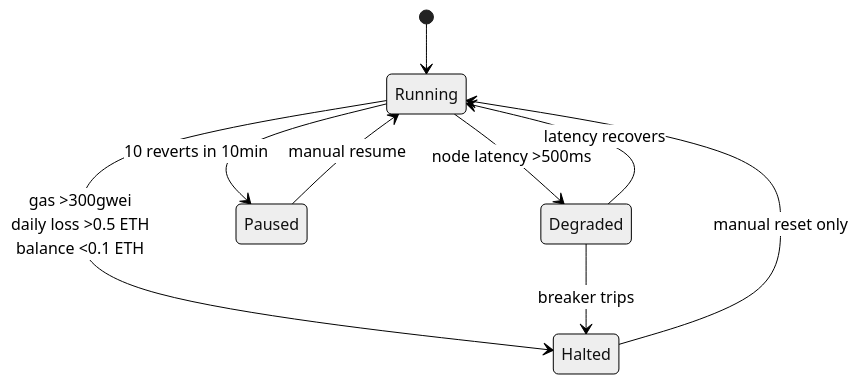
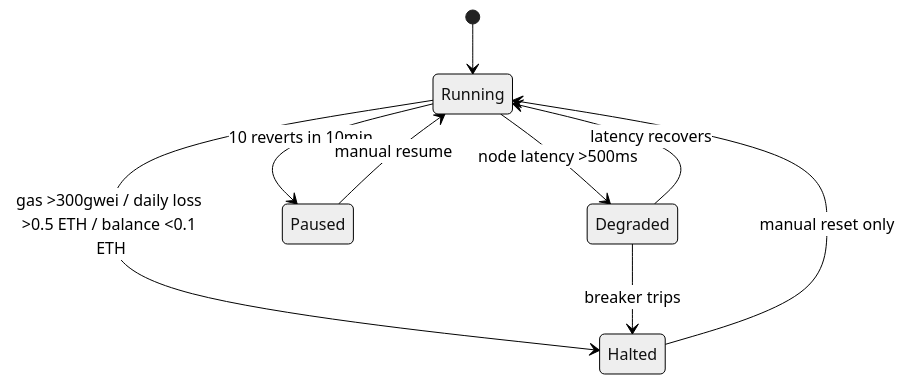
The third of 3 diagrams in README.md (Denis123-rg/Aether), drawn with Mermaid (neutral theme) before and after one commit. The commit also changed other lines of this file and 1 other file, not shown here.

Commit message:
docs: rewrite README with banner, accurate architecture, full documentation

````diff
--- a/README.md
+++ b/README.md
@@ -511,11 +536,11 @@
 ```mermaid
 stateDiagram-v2
     [*] --> Running
     Running --> Degraded: node latency >500ms
     Running --> Paused: 10 reverts in 10min
-    Running --> Halted: gas >300gwei<br/>daily loss >0.5 ETH<br/>balance <0.1 ETH
+    Running --> Halted: gas >300gwei / daily loss >0.5 ETH / balance <0.1 ETH
     Degraded --> Running: latency recovers
     Degraded --> Halted: breaker trips
     Paused --> Running: manual resume
     Halted --> Running: manual reset only
 ```
````
